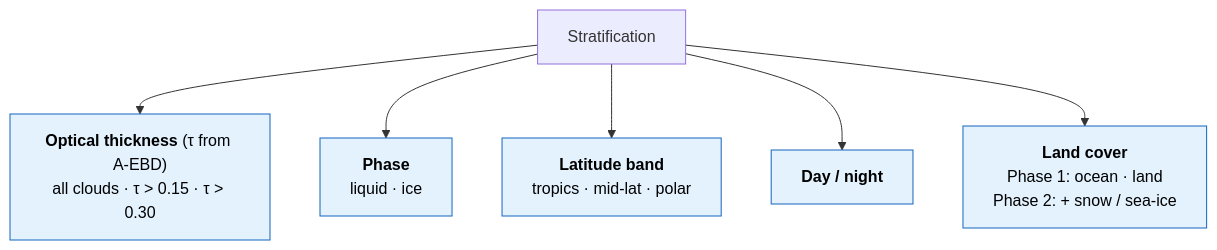
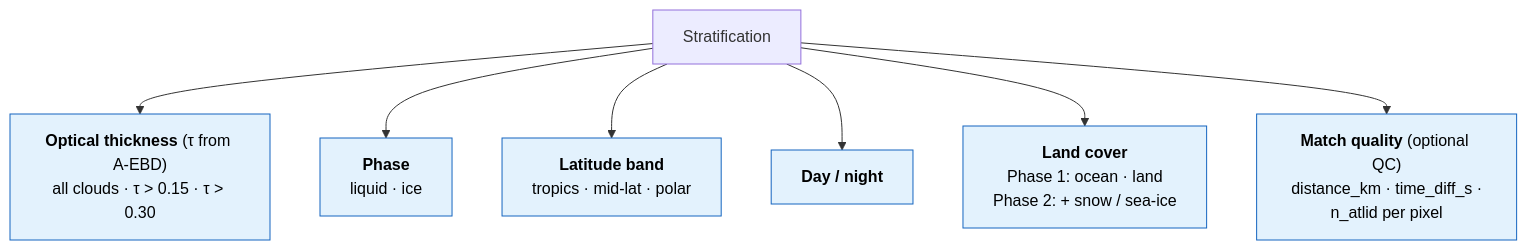
One commit to ray-climate/cloud_cci changed the fourth of 4 diagrams in docs/validation_pipeline.md. Above: the diagram before and after it, drawn with Mermaid. The commit also changed other lines of this file, not shown here.

First line of the commit message:
docs(validation): drop hard 5 km space-match threshold

````diff
--- a/docs/validation_pipeline.md
+++ b/docs/validation_pipeline.md
@@ -135,12 +145,13 @@
 ```mermaid
 flowchart TB
     classDef dim fill:#e3f2fd,stroke:#1565c0,color:#000
 
     S["Stratification"]
 
     S --> T["<b>Optical thickness</b> (τ from A-EBD)<br/>all clouds · τ > 0.15 · τ > 0.30"]:::dim
     S --> P["<b>Phase</b><br/>liquid · ice"]:::dim
     S --> L["<b>Latitude band</b><br/>tropics · mid-lat · polar"]:::dim
     S --> D["<b>Day / night</b>"]:::dim
     S --> C["<b>Land cover</b><br/>Phase 1: ocean · land<br/>Phase 2: + snow / sea-ice"]:::dim
+    S --> Q["<b>Match quality</b> (optional QC)<br/>distance_km · time_diff_s ·<br/>n_atlid per pixel"]:::dim
 ```
````
